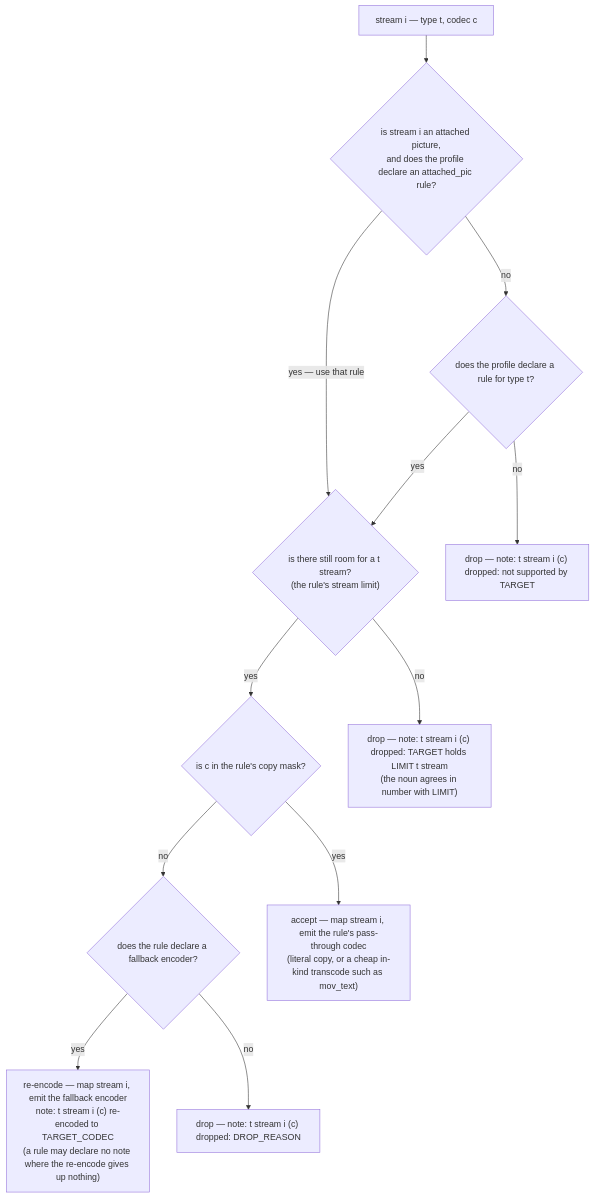
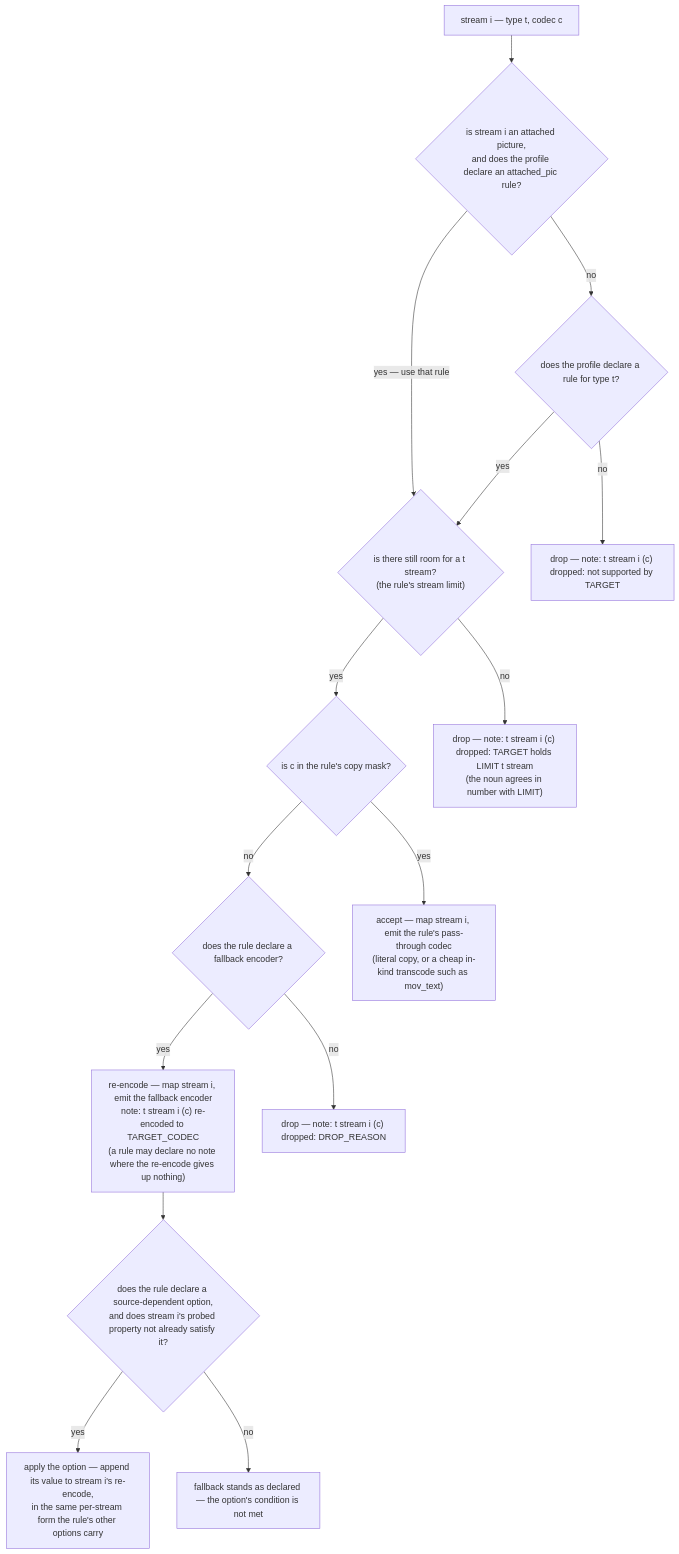
Before and after one commit to bhemsen/converter: the diagram in docs/design/stream-decision.md, drawn with Mermaid. The commit also changed other lines of this file and 4 other files, not shown here.

First line of the commit message:
docs: record the source-dependent attempt option in all three carriers

````diff
--- a/docs/design/stream-decision.md
+++ b/docs/design/stream-decision.md
@@ -22,26 +22,32 @@
 ```mermaid
 flowchart TD
     S["stream i — type t, codec c"]
     PIC{"is stream i an attached picture,<br/>and does the profile declare an attached_pic rule?"}
     T{"does the profile declare a rule for type t?"}
     ROOM{"is there still room for a t stream?<br/>(the rule's stream limit)"}
     MASK{"is c in the rule's copy mask?"}
     ENC{"does the rule declare a fallback encoder?"}
     COPY["accept — map stream i, emit the rule's pass-through codec<br/>(literal copy, or a cheap in-kind transcode such as mov_text)"]
     REENC["re-encode — map stream i, emit the fallback encoder<br/>note: t stream i (c) re-encoded to TARGET_CODEC<br/>(a rule may declare no note where the re-encode gives up nothing)"]
+    OPT{"does the rule declare a source-dependent option,<br/>and does stream i's probed property not already satisfy it?"}
+    OVERRIDE["apply the option — append its value to stream i's re-encode,<br/>in the same per-stream form the rule's other options carry"]
+    STAND["fallback stands as declared — the option's condition is not met"]
     D1["drop — note: t stream i (c) dropped: not supported by TARGET"]
     D2["drop — note: t stream i (c) dropped: TARGET holds LIMIT t stream<br/>(the noun agrees in number with LIMIT)"]
     D3["drop — note: t stream i (c) dropped: DROP_REASON"]
 
     S --> PIC
     PIC -->|"yes — use that rule"| ROOM
     PIC -->|"no"| T
     T -->|"no"| D1
     T -->|"yes"| ROOM
     ROOM -->|"no"| D2
     ROOM -->|"yes"| MASK
     MASK -->|"yes"| COPY
     MASK -->|"no"| ENC
     ENC -->|"yes"| REENC
     ENC -->|"no"| D3
+    REENC --> OPT
+    OPT -->|"yes"| OVERRIDE
+    OPT -->|"no"| STAND
 ```
````
